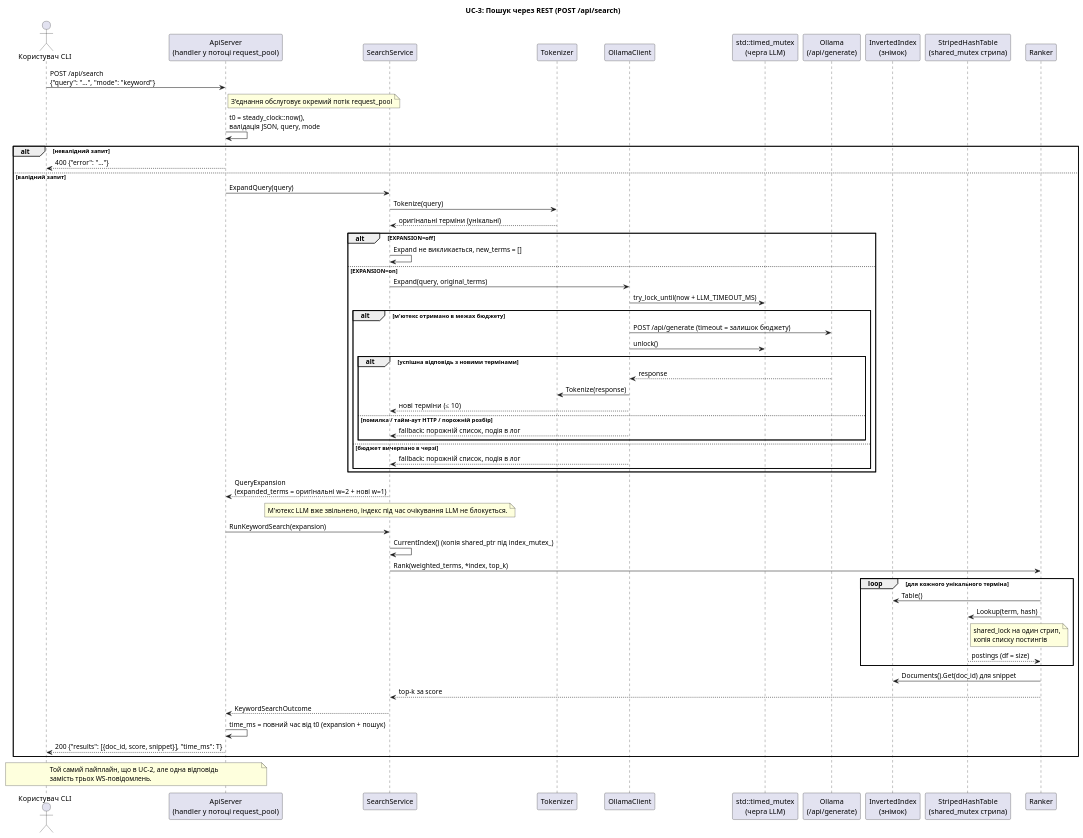
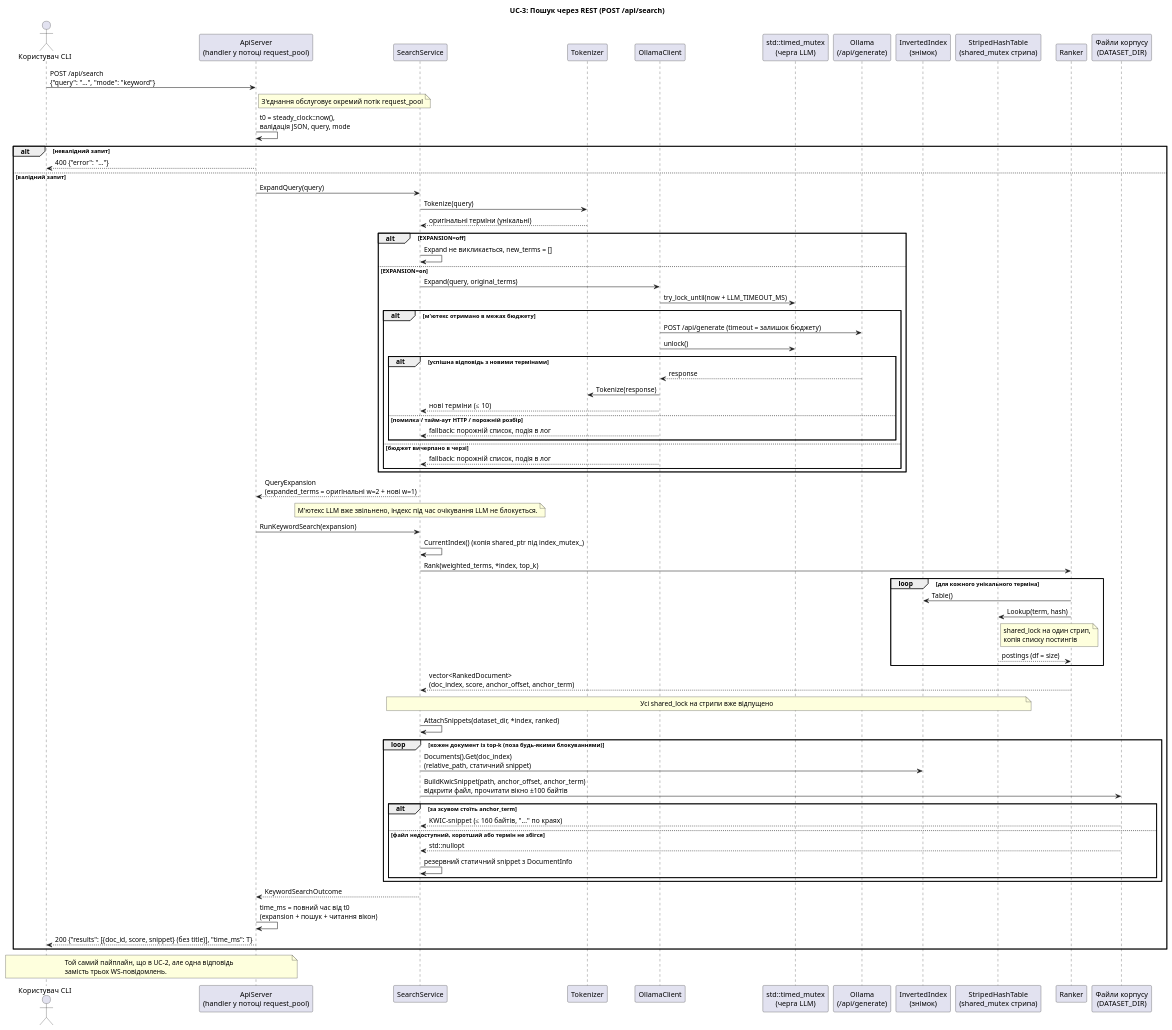
One commit to DariaMelnyk0206/course_work_parallel_computing changed the diagram in docs/uml/sequence_uc3_rest_search.puml. Above: the diagram before and after it, drawn with PlantUML. The commit also changed 7 other files, not shown here.

Commit message:
docs(uml): update diagrams for keyword-in-context snippets

```diff
--- a/docs/uml/sequence_uc3_rest_search.puml
+++ b/docs/uml/sequence_uc3_rest_search.puml
@@ -1,68 +1,79 @@
 @startuml sequence_uc3_rest_search
 title UC-3: Пошук через REST (POST /api/search)
 skinparam responseMessageBelowArrow true
 actor "Користувач CLI" as Cli
 participant "ApiServer\n(handler у потоці request_pool)" as Api
 participant "SearchService" as Svc
 participant "Tokenizer" as Tok
 participant "OllamaClient" as Ollama
 participant "std::timed_mutex\n(черга LLM)" as Mtx
 participant "Ollama\n(/api/generate)" as Llm
 participant "InvertedIndex\n(знімок)" as Idx
 participant "StripedHashTable\n(shared_mutex стрипа)" as Tbl
 participant "Ranker" as Rank
-
+participant "Файли корпусу\n(DATASET_DIR)" as Fs
 Cli -> Api : POST /api/search\n{"query": "...", "mode": "keyword"}
 note right of Api
   З'єднання обслуговує окремий потік request_pool
 end note
 Api -> Api : t0 = steady_clock::now(),\nвалідація JSON, query, mode
 alt невалідний запит
   Api --> Cli : 400 {"error": "..."}
 else валідний запит
   Api -> Svc : ExpandQuery(query)
   Svc -> Tok : Tokenize(query)
   Tok --> Svc : оригінальні терміни (унікальні)
   alt EXPANSION=off
     Svc -> Svc : Expand не викликається, new_terms = []
   else EXPANSION=on
     Svc -> Ollama : Expand(query, original_terms)
     Ollama -> Mtx : try_lock_until(now + LLM_TIMEOUT_MS)
     alt м'ютекс отримано в межах бюджету
       Ollama -> Llm : POST /api/generate (timeout = залишок бюджету)
       Ollama -> Mtx : unlock()
       alt успішна відповідь з новими термінами
         Llm --> Ollama : response
         Ollama -> Tok : Tokenize(response)
         Ollama --> Svc : нові терміни (≤ 10)
       else помилка / тайм-аут HTTP / порожній розбір
         Ollama --> Svc : fallback: порожній список, подія в лог
       end
     else бюджет вичерпано в черзі
       Ollama --> Svc : fallback: порожній список, подія в лог
     end
   end
   Svc --> Api : QueryExpansion\n(expanded_terms = оригінальні w=2 + нові w=1)
   note over Svc
     М'ютекс LLM вже звільнено, індекс під час очікування LLM не блокується.
   end note
   Api -> Svc : RunKeywordSearch(expansion)
   Svc -> Svc : CurrentIndex() (копія shared_ptr під index_mutex_)
   Svc -> Rank : Rank(weighted_terms, *index, top_k)
   loop для кожного унікального терміна
     Rank -> Idx : Table()
     Rank -> Tbl : Lookup(term, hash)
     note right of Tbl : shared_lock на один стрип,\nкопія списку постингів
     Tbl --> Rank : postings (df = size)
   end
-  Rank -> Idx : Documents().Get(doc_id) для snippet
-  Rank --> Svc : top-k за score
+  Rank --> Svc : vector<RankedDocument>\n(doc_index, score, anchor_offset, anchor_term)
+  note over Svc, Tbl : Усі shared_lock на стрипи вже відпущено
+  Svc -> Svc : AttachSnippets(dataset_dir, *index, ranked)
+  loop кожен документ із top-k (поза будь-якими блокуваннями)
+    Svc -> Idx : Documents().Get(doc_index)\n(relative_path, статичний snippet)
+    Svc -> Fs : BuildKwicSnippet(path, anchor_offset, anchor_term)\nвідкрити файл, прочитати вікно ±100 байтів
+    alt за зсувом стоїть anchor_term
+      Fs --> Svc : KWIC-snippet (≤ 160 байтів, "..." по краях)
+    else файл недоступний, коротший або термін не збігся
+      Fs --> Svc : std::nullopt
+      Svc -> Svc : резервний статичний snippet з DocumentInfo
+    end
+  end
   Svc --> Api : KeywordSearchOutcome
-  Api -> Api : time_ms = повний час від t0 (expansion + пошук)
-  Api --> Cli : 200 {"results": [{doc_id, score, snippet}], "time_ms": T}
+  Api -> Api : time_ms = повний час від t0\n(expansion + пошук + читання вікон)
+  Api --> Cli : 200 {"results": [{doc_id, score, snippet} (без title)], "time_ms": T}
 end
 note over Cli, Api
   Той самий пайплайн, що в UC-2, але одна відповідь
   замість трьох WS-повідомлень.
 end note
 @enduml
```
